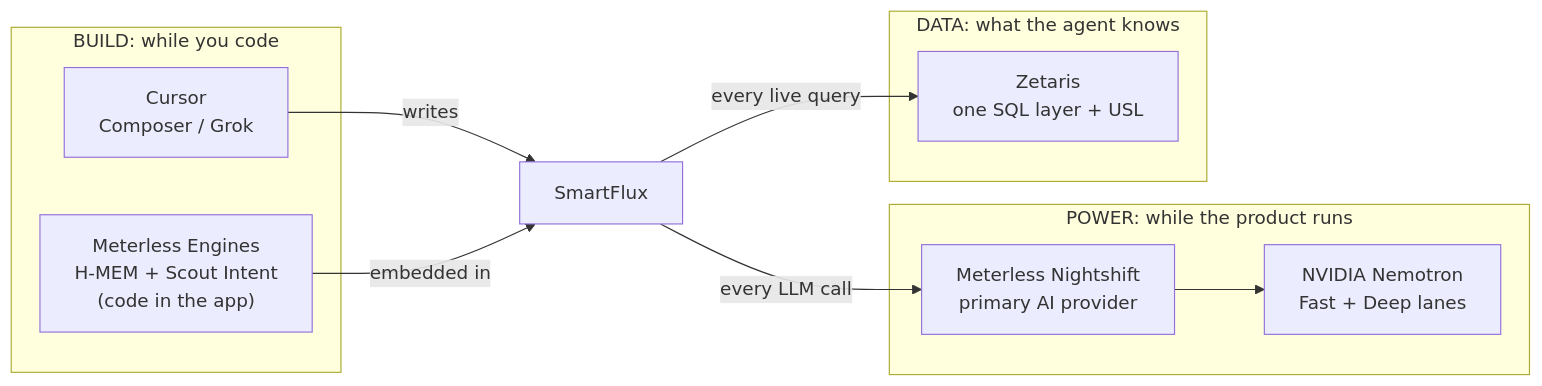
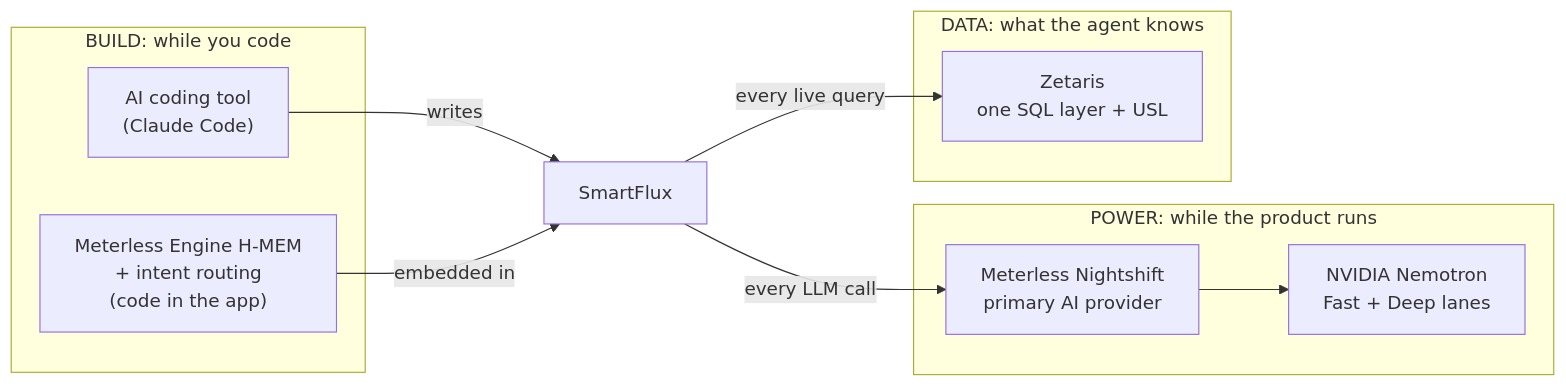
One commit to No0bmazt3r/SmartFlux-EDIS-Energy-Demand-Intelligence-System- changed the third of 11 diagrams in docs/proposal.md. Above: the diagram before and after it, drawn with Mermaid. The commit also changed other lines of this file and 33 other files, not shown here.

````diff
--- a/docs/proposal.md
+++ b/docs/proposal.md
@@ -403,18 +403,18 @@
 ```mermaid
 flowchart LR
     subgraph BUILD["BUILD: while you code"]
-        C["Cursor<br/>Composer / Grok"]
-        E["Meterless Engines<br/>H-MEM + Scout Intent<br/>(code in the app)"]
+        C["AI coding tool<br/>(Claude Code)"]
+        E["Meterless Engine H-MEM<br/>+ intent routing<br/>(code in the app)"]
     end
     subgraph POWER["POWER: while the product runs"]
         N["Meterless Nightshift<br/>primary AI provider"]
         M["NVIDIA Nemotron<br/>Fast + Deep lanes"]
     end
     subgraph DATA["DATA: what the agent knows"]
         Z["Zetaris<br/>one SQL layer + USL"]
     end
     C -- "writes" --> APP["SmartFlux"]
     E -- "embedded in" --> APP
     APP -- "every LLM call" --> N --> M
     APP -- "every live query" --> Z
 ```
````
